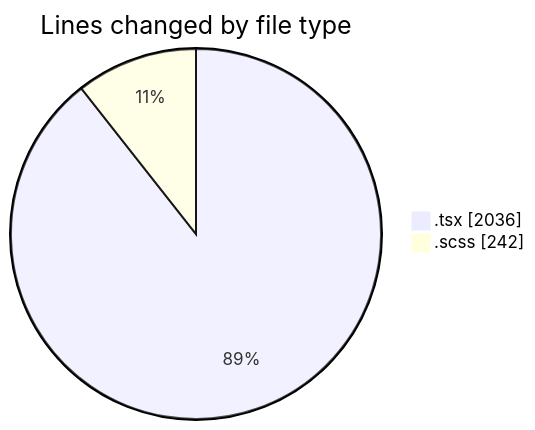
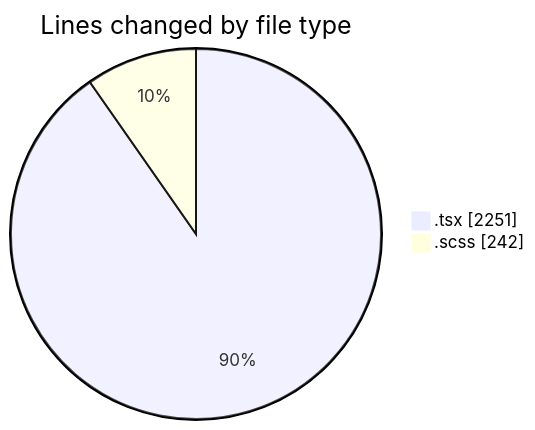
The first of 2 diagrams in 2025-07-03/cda/README.md (momahboobian/code-tracking), drawn with Mermaid before and after one commit. The commit also changed other lines of this file and 1 other file, not shown here.

````diff
--- a/2025-07-03/cda/README.md
+++ b/2025-07-03/cda/README.md
@@ -30,6 +31,6 @@
 ```mermaid
 pie showData
 title Lines changed by file type
-".tsx" : 2036
+".tsx" : 2251
 ".scss" : 242
 ```
````
